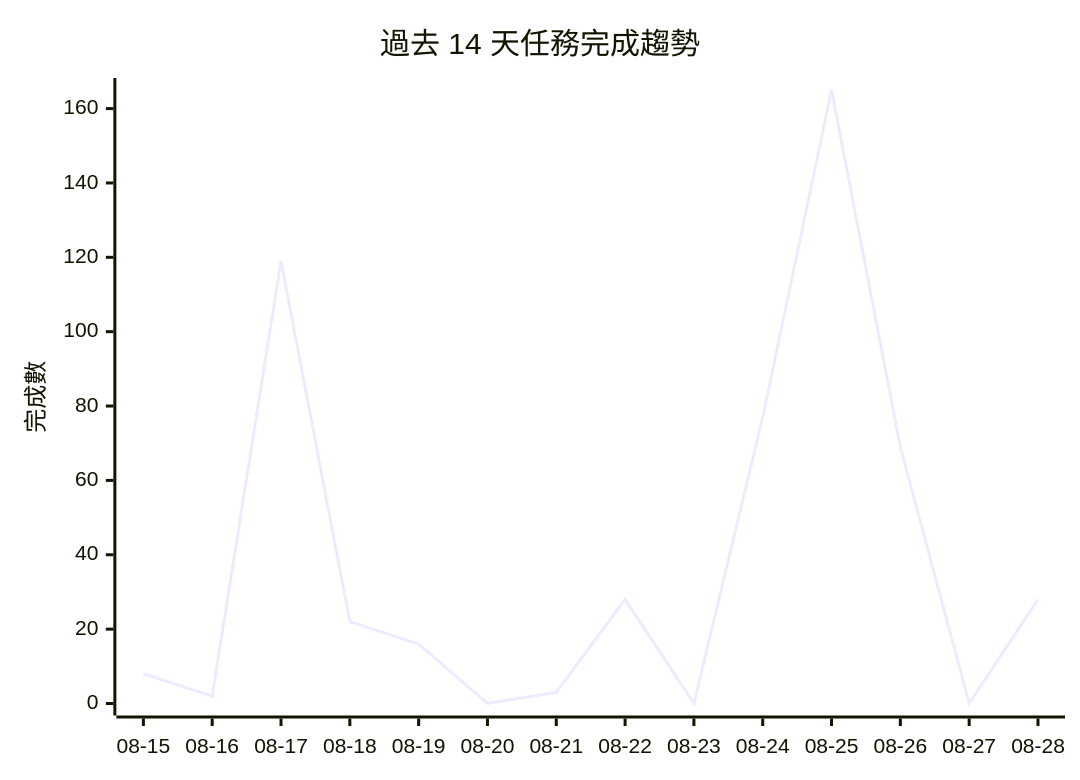
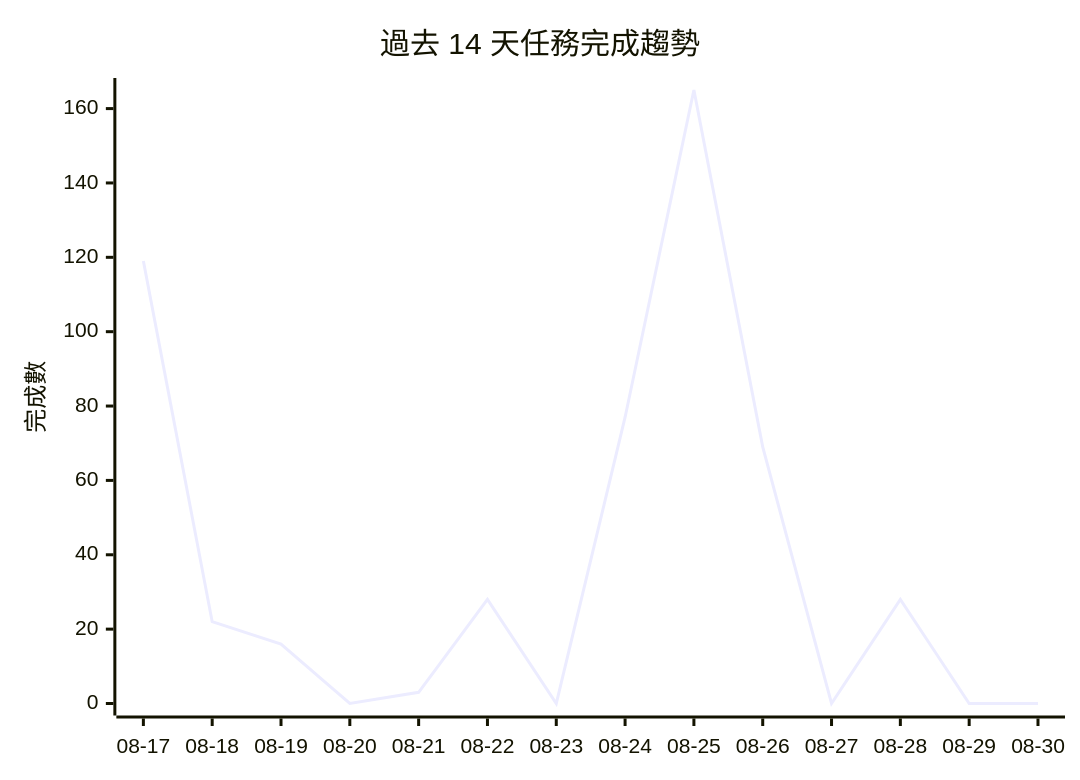
The diagram in PROJECTS.md (gentoobreaking/ai-tasks), drawn with Mermaid before and after one commit. The commit also changed other lines of this file and 60 other files, not shown here.

````diff
--- a/PROJECTS.md
+++ b/PROJECTS.md
@@ -45,7 +45,7 @@
 ```mermaid
 xychart-beta
     title "過去 14 天任務完成趨勢"
-    x-axis ["08-15", "08-16", "08-17", "08-18", "08-19", "08-20", "08-21", "08-22", "08-23", "08-24", "08-25", "08-26", "08-27", "08-28"]
+    x-axis ["08-17", "08-18", "08-19", "08-20", "08-21", "08-22", "08-23", "08-24", "08-25", "08-26", "08-27", "08-28", "08-29", "08-30"]
     y-axis "完成數" 0 --> 165
-    line [8, 2, 119, 22, 16, 0, 3, 28, 0, 77, 165, 69, 0, 28]
+    line [119, 22, 16, 0, 3, 28, 0, 77, 165, 69, 0, 28, 0, 0]
 ```
````
